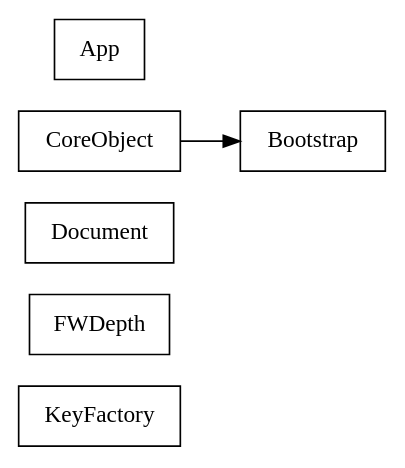
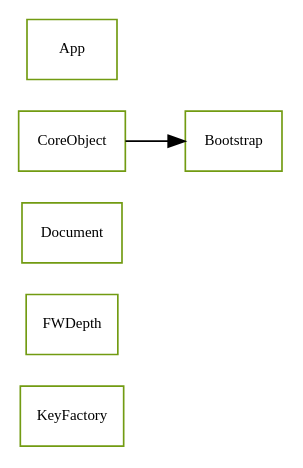
One commit to sekati/sasapi changed the diagram in docs/com/sekati/core/classes.dot. Above: the diagram before and after it, drawn with Graphviz. The commit also changed 125 other files, not shown here.

```diff
--- a/docs/com/sekati/core/classes.dot
+++ b/docs/com/sekati/core/classes.dot
@@ -1,40 +1,58 @@
 strict digraph class_diagram {
   rankdir=LR;
   TypeKeyFactory[
     label="KeyFactory",
     URL="KeyFactory.html",
     tooltip="com.sekati.core.KeyFactory",
+    fontname="Verdana",
+    fontsize="9"
+    color="#729b12"
     shape="record"
   ];
   TypeFWDepth[
     label="FWDepth",
     URL="FWDepth.html",
     tooltip="com.sekati.core.FWDepth",
+    fontname="Verdana",
+    fontsize="9"
+    color="#729b12"
     shape="record"
   ];
   TypeDocument[
     label="Document",
     URL="Document.html",
     tooltip="com.sekati.core.Document",
+    fontname="Verdana",
+    fontsize="9"
+    color="#729b12"
     shape="record"
   ];
   TypeCoreObject[
     label="CoreObject",
     URL="CoreObject.html",
     tooltip="com.sekati.core.CoreObject",
+    fontname="Verdana",
+    fontsize="9"
+    color="#729b12"
     shape="record"
   ];
   TypeBootstrap[
     label="Bootstrap",
     URL="Bootstrap.html",
     tooltip="com.sekati.core.Bootstrap",
+    fontname="Verdana",
+    fontsize="9"
+    color="#729b12"
     shape="record"
   ];
   TypeApp[
     label="App",
     URL="App.html",
     tooltip="com.sekati.core.App",
+    fontname="Verdana",
+    fontsize="9"
+    color="#729b12"
     shape="record"
   ];
   TypeCoreObject -> TypeBootstrap;
 }
```
